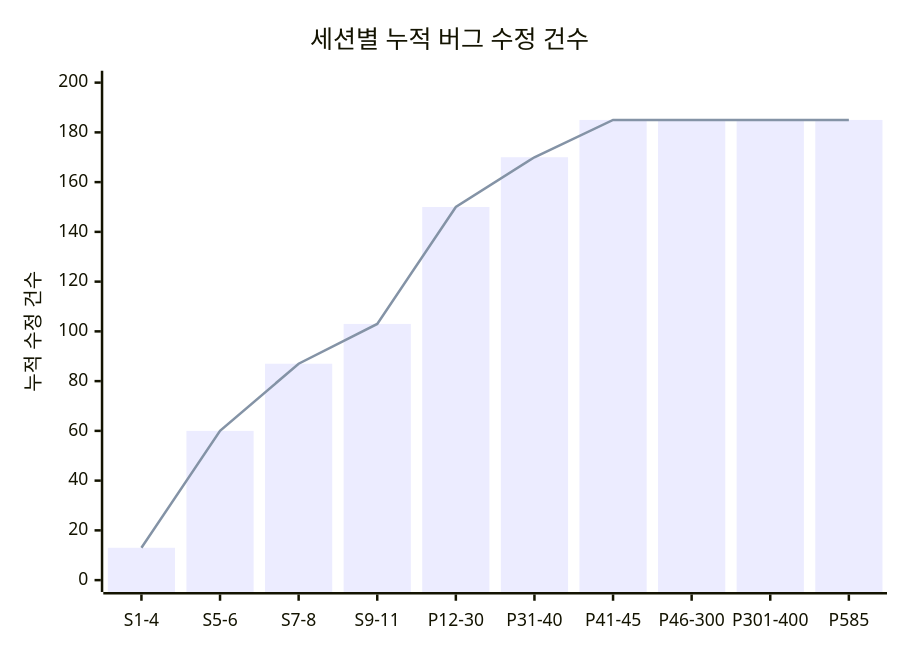
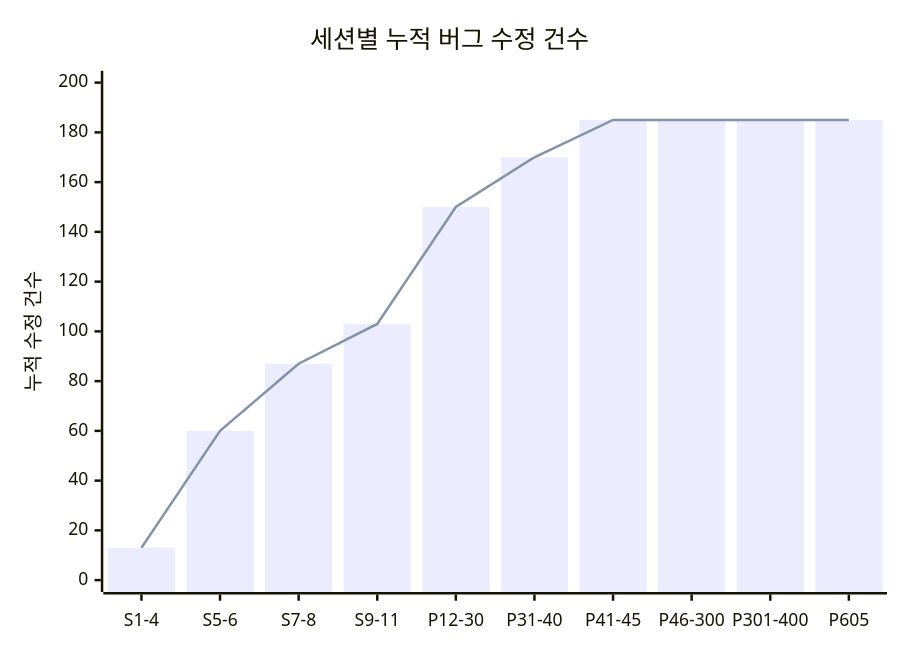
One commit to sun475300-sudo/Swarm-control-in-sc2bot changed diagram 22 of 30 in README.md. Above: the diagram before and after it, drawn with Mermaid. The commit also changed other lines of this file and 20 other files, not shown here.

````diff
--- a/README.md
+++ b/README.md
@@ -1014,8 +1024,8 @@
 ```mermaid
 xychart-beta
     title "세션별 누적 버그 수정 건수"
-    x-axis ["S1-4", "S5-6", "S7-8", "S9-11", "P12-30", "P31-40", "P41-45", "P46-300", "P301-400", "P585"]
+    x-axis ["S1-4", "S5-6", "S7-8", "S9-11", "P12-30", "P31-40", "P41-45", "P46-300", "P301-400", "P605"]
     y-axis "누적 수정 건수" 0 --> 200
     bar [13, 60, 87, 103, 150, 170, 185, 185, 185, 185]
     line [13, 60, 87, 103, 150, 170, 185, 185, 185, 185]
 ```
````
